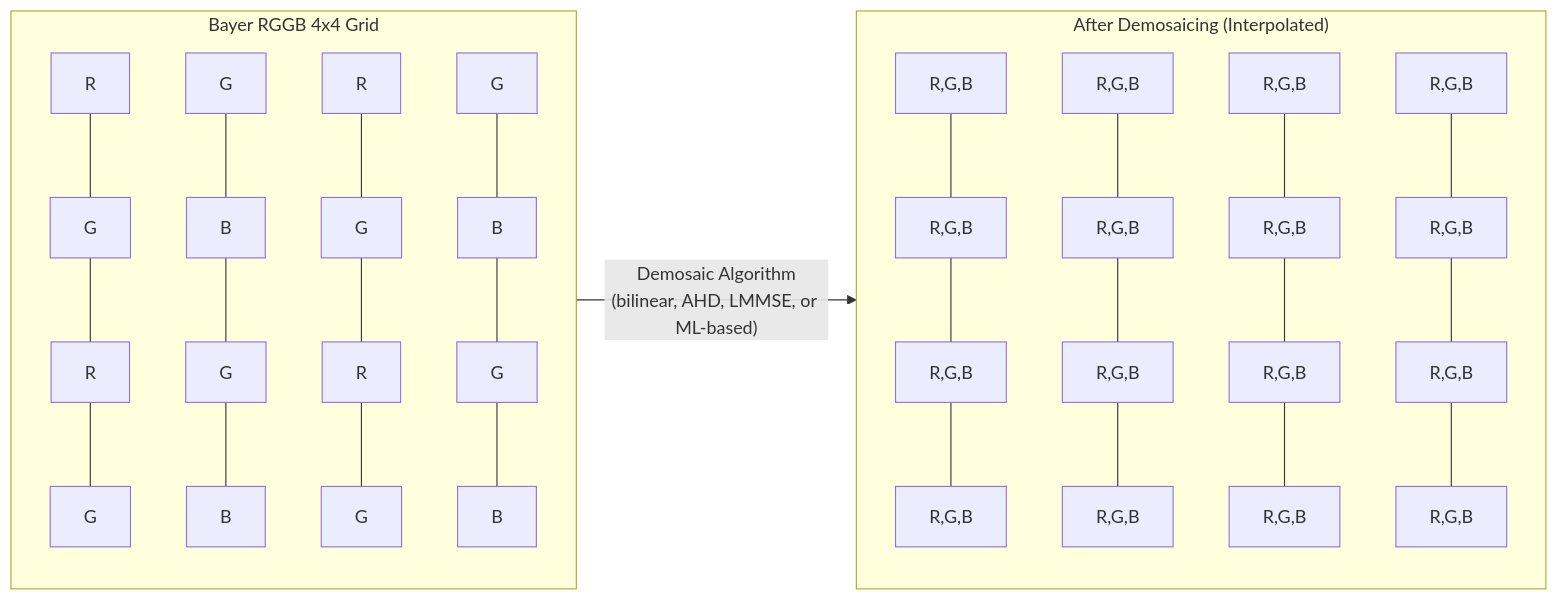
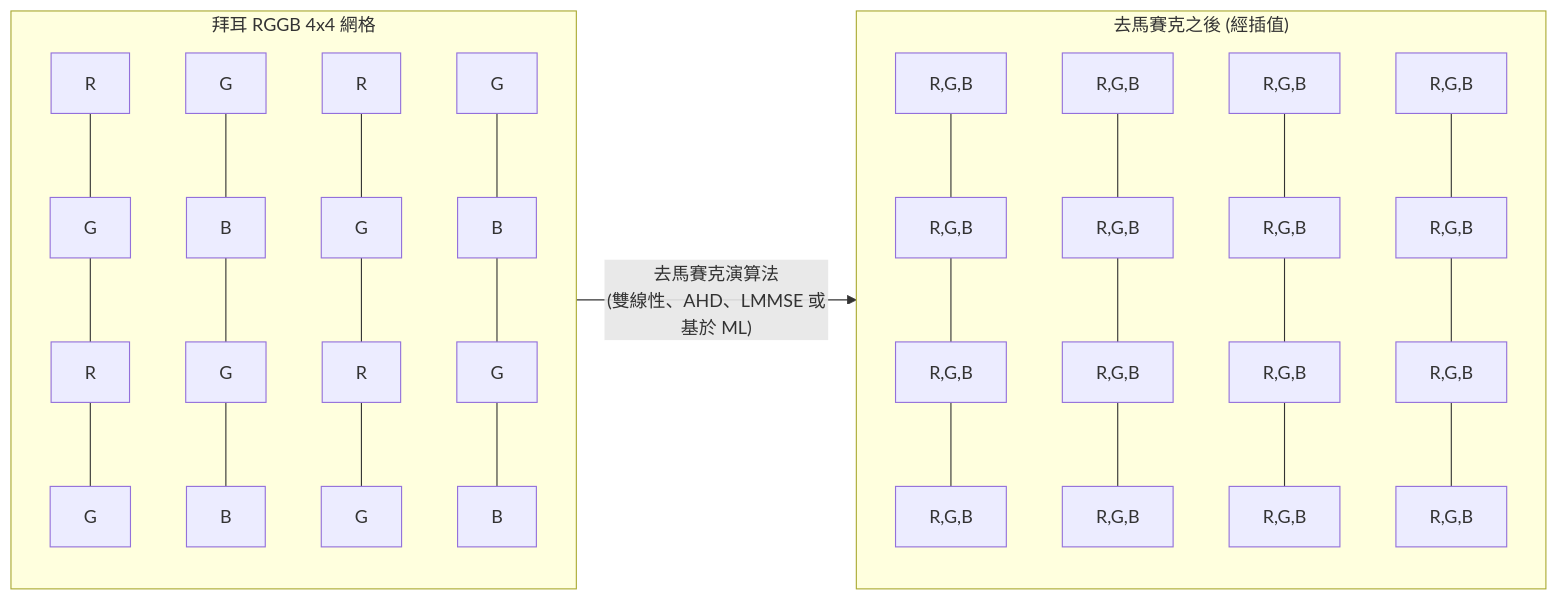
The second of 3 diagrams in website/i18n/zh-Hant/docusaurus-plugin-content-docs/current/camera2/raw-photography.md (zoozooll/AndroidCameraParameters), drawn with Mermaid before and after one commit. The commit also changed other lines of this file and 378 other files, not shown here.

````diff
--- a/website/i18n/zh-Hant/docusaurus-plugin-content-docs/current/camera2/raw-photography.md
+++ b/website/i18n/zh-Hant/docusaurus-plugin-content-docs/current/camera2/raw-photography.md
@@ -67,18 +67,18 @@
 ```mermaid
 graph LR
-    subgraph CFA["Bayer RGGB 4x4 Grid"]
+    subgraph CFA["拜耳 RGGB 4x4 網格"]
         direction TB
         R11["R"] --- G12["G"] --- R13["R"] --- G14["G"]
         G21["G"] --- B22["B"] --- G23["G"] --- B24["B"]
         R31["R"] --- G32["G"] --- R33["R"] --- G34["G"]
         G41["G"] --- B42["B"] --- G43["G"] --- B44["B"]
     end
-    subgraph DEMO["After Demosaicing (Interpolated)"]
+    subgraph DEMO["去馬賽克之後 (經插值)"]
         direction TB
         P11["R,G,B"] --- P12["R,G,B"] --- P13["R,G,B"] --- P14["R,G,B"]
         P21["R,G,B"] --- P22["R,G,B"] --- P23["R,G,B"] --- P24["R,G,B"]
         P31["R,G,B"] --- P32["R,G,B"] --- P33["R,G,B"] --- P34["R,G,B"]
         P41["R,G,B"] --- P42["R,G,B"] --- P43["R,G,B"] --- P44["R,G,B"]
     end
-    CFA -->|"Demosaic Algorithm\n(bilinear, AHD, LMMSE, or ML-based)"| DEMO
+    CFA -->|"去馬賽克演算法<br/>(雙線性、AHD、LMMSE 或基於 ML)"| DEMO
 ```
````
